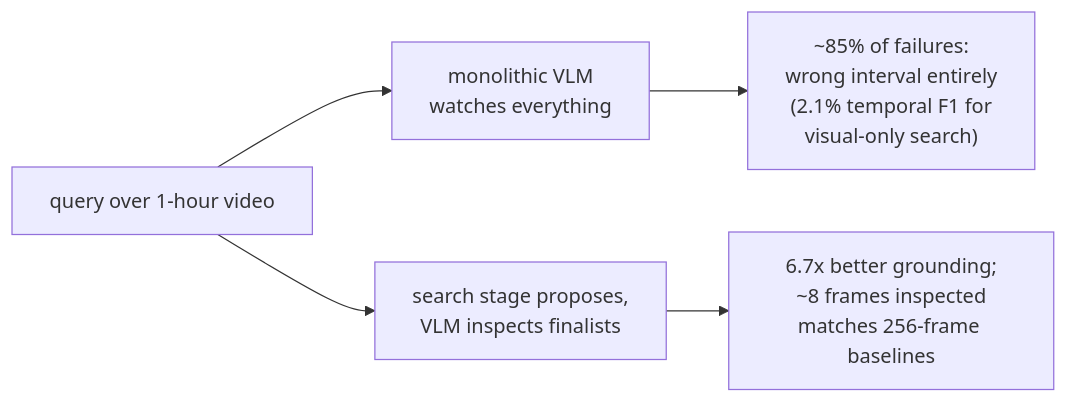
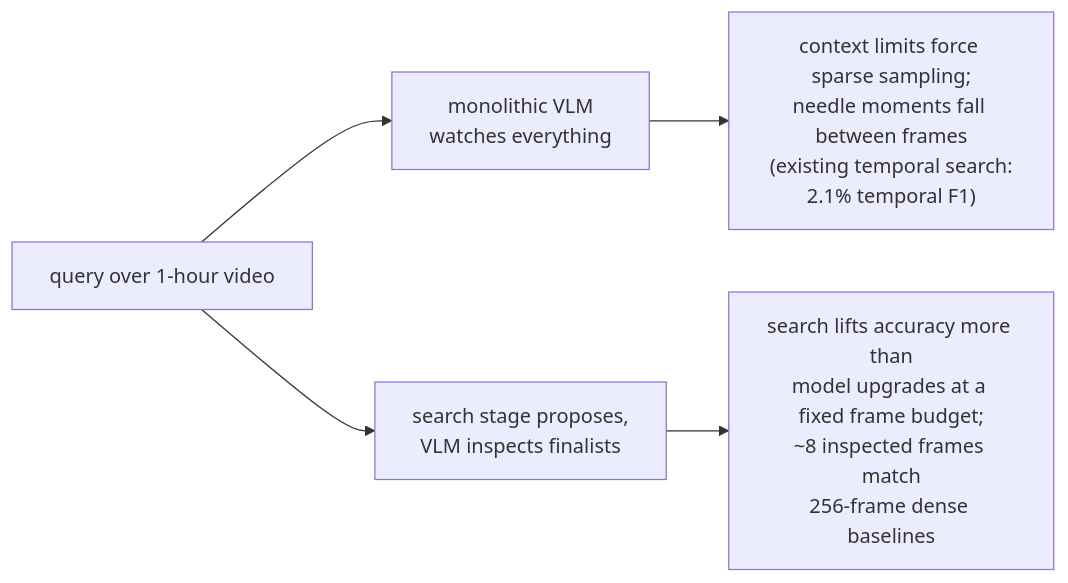
The first of 4 diagrams in README.md (BABTUNA/code-four-video-search), drawn with Mermaid before and after one commit. The commit also changed other lines of this file and 2 other files, not shown here.

First line of the commit message:
Rebase the search-bottleneck claim on T*/LV-Haystack and VideoAgent

````diff
--- a/README.md
+++ b/README.md
@@ -48,7 +50,7 @@
 ```mermaid
 flowchart LR
     Q[query over 1-hour video] --> M["monolithic VLM<br/>watches everything"]
     Q --> S["search stage proposes,<br/>VLM inspects finalists"]
-    M --> F["~85% of failures:<br/>wrong interval entirely<br/>(2.1% temporal F1 for<br/>visual-only search)"]
-    S --> W["6.7x better grounding;<br/>~8 frames inspected<br/>matches 256-frame baselines"]
+    M --> F["context limits force sparse sampling;<br/>needle moments fall between frames<br/>(existing temporal search:<br/>2.1% temporal F1)"]
+    S --> W["search lifts accuracy more than<br/>model upgrades at a fixed frame budget;<br/>~8 inspected frames match<br/>256-frame dense baselines"]
 ```
````
